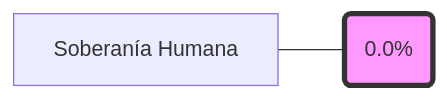
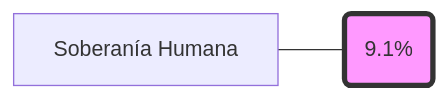
The diagram in 06_dashboard/publico/wiki/index.md (Dtcsrni/Sistema_Operativo_Tesis_Publico), drawn with Mermaid before and after one commit. The commit also changed other lines of this file and 167 other files, not shown here.

````diff
--- a/06_dashboard/publico/wiki/index.md
+++ b/06_dashboard/publico/wiki/index.md
@@ -21,5 +21,5 @@
 ```mermaid
 graph LR
-  A[Soberanía Humana] --- B(0.0%)
+  A[Soberanía Humana] --- B(9.1%)
   style B fill:#f9f,stroke:#333,stroke-width:4px
 ```
````
